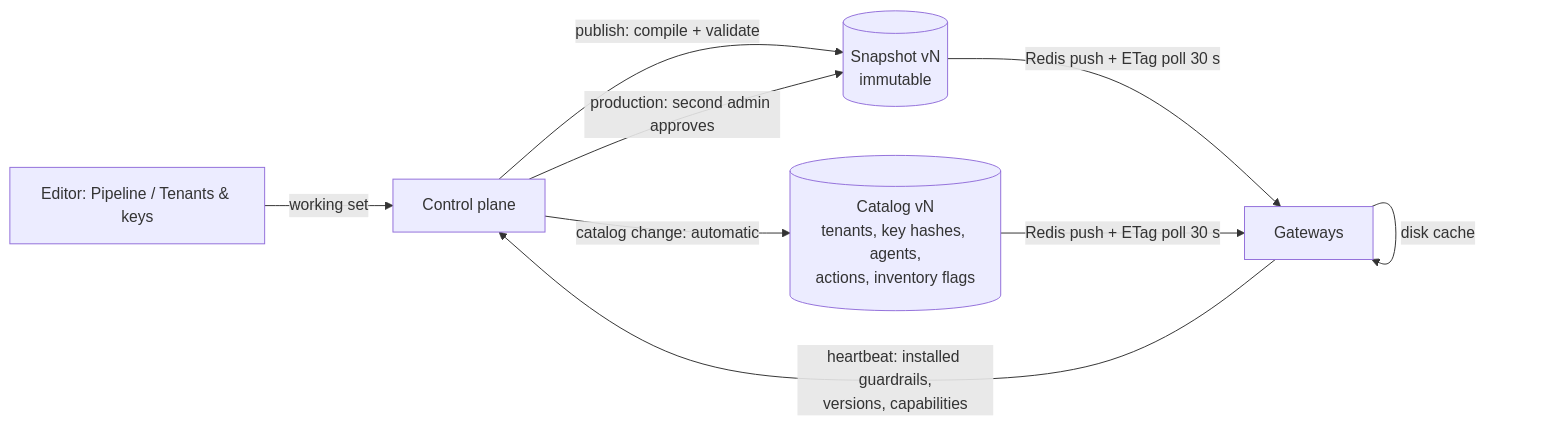
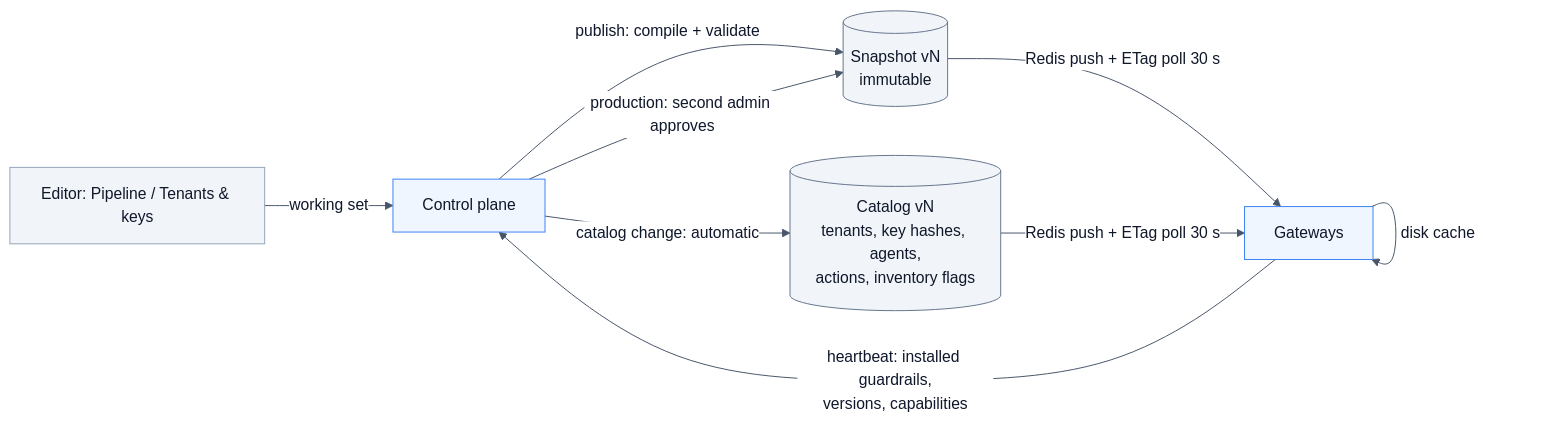
Before and after one commit to ramsha287/policy-guardrails-agent: the third of 4 diagrams in docs/architecture.md, drawn with Mermaid. The commit also changed other lines of this file and 2 other files, not shown here.

First line of the commit message:
Fix flaky playground poll check; colour the architecture diagrams

````diff
--- a/docs/architecture.md
+++ b/docs/architecture.md
@@ -133,10 +146,18 @@
 ```mermaid
+%%{init: {"theme": "base", "themeVariables": {"primaryTextColor": "#0f172a", "lineColor": "#475569", "edgeLabelBackground": "#ffffff"}}}%%
 flowchart LR
   E[Editor: Pipeline / Tenants & keys] -->|working set| CP[Control plane]
   CP -->|publish: compile + validate| S[(Snapshot vN<br/>immutable)]
   CP -->|production: second admin approves| S
   CP -->|catalog change: automatic| C[(Catalog vN<br/>tenants, key hashes, agents,<br/>actions, inventory flags)]
   S & C -->|Redis push + ETag poll 30 s| GW[Gateways]
   GW -->|disk cache| GW
   GW -->|heartbeat: installed guardrails,<br/>versions, capabilities| CP
+
+  classDef client fill:#f1f5f9,stroke:#94a3b8,color:#0f172a
+  classDef service fill:#eff6ff,stroke:#3b82f6,color:#0f172a
+  classDef store fill:#f1f5f9,stroke:#64748b,color:#0f172a
+  class E client
+  class CP,GW service
+  class S,C store
 ```
````
